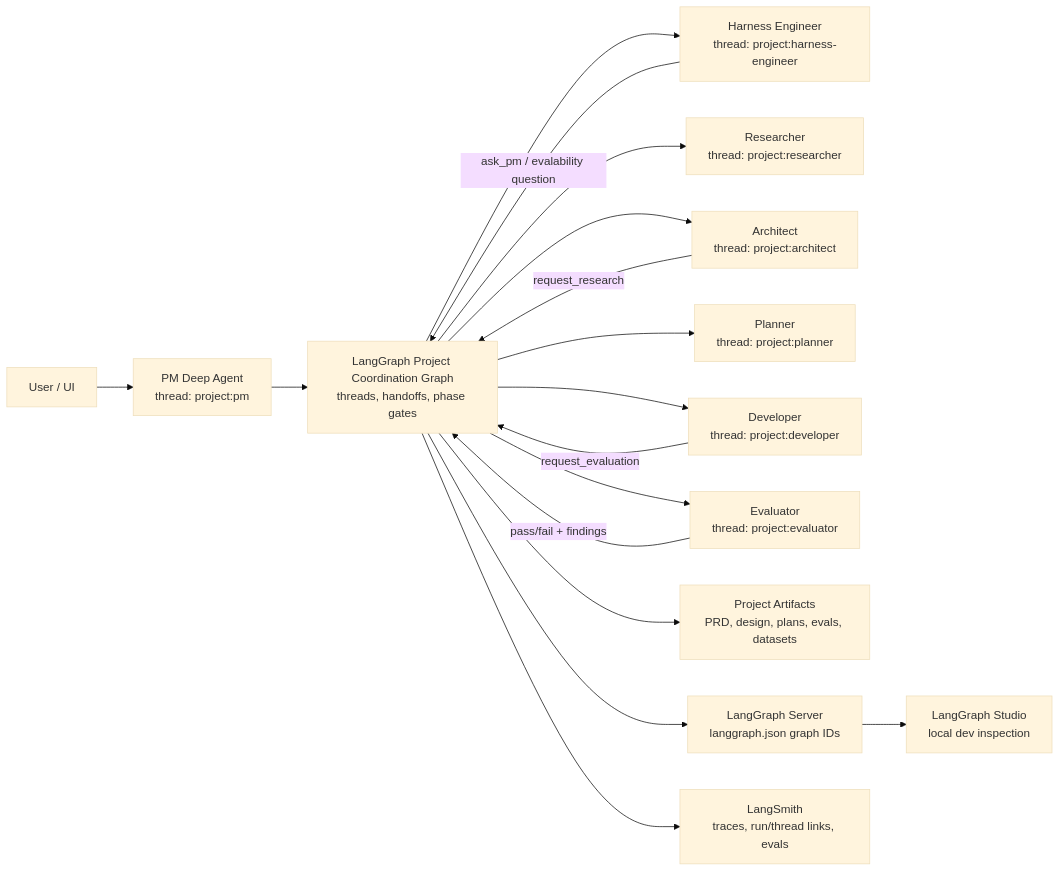
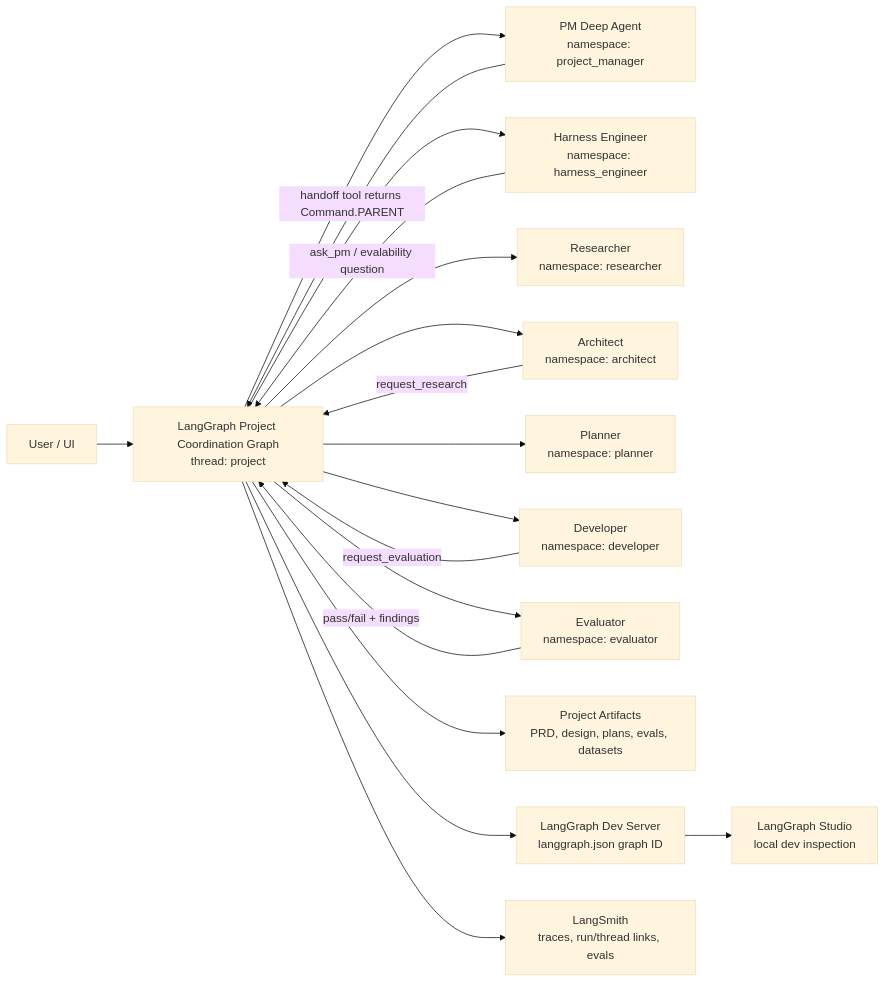
Before and after one commit to ASTXRTYS/meta-agent-v5.6.0: the first of 2 diagrams in meta_harness/AD.md, drawn with Mermaid (base theme). The commit also changed other lines of this file and 5 other files, not shown here.

Commit message:
refactor(arch): remove legacy team-pitch workflow and v0.5 AGENTS.md, expand Meta Harness AD with mounted child graph topology, parent-mediated handoff protocol, and checkpoint namespace isolation

````diff
--- a/meta_harness/AD.md
+++ b/meta_harness/AD.md
@@ -538,22 +564,23 @@
 ```mermaid
 flowchart LR
-    U["User / UI"] --> PM["PM Deep Agent\nthread: project:pm"]
-    PM --> PCG["LangGraph Project Coordination Graph\nthreads, handoffs, phase gates"]
+    U["User / UI"] --> PCG["LangGraph Project Coordination Graph\nthread: project"]
+    PCG --> PM["PM Deep Agent\nnamespace: project_manager"]
 
-    PCG --> HE["Harness Engineer\nthread: project:harness-engineer"]
-    PCG --> R["Researcher\nthread: project:researcher"]
-    PCG --> A["Architect\nthread: project:architect"]
-    PCG --> PL["Planner\nthread: project:planner"]
-    PCG --> D["Developer\nthread: project:developer"]
-    PCG --> E["Evaluator\nthread: project:evaluator"]
+    PCG --> HE["Harness Engineer\nnamespace: harness_engineer"]
+    PCG --> R["Researcher\nnamespace: researcher"]
+    PCG --> A["Architect\nnamespace: architect"]
+    PCG --> PL["Planner\nnamespace: planner"]
+    PCG --> D["Developer\nnamespace: developer"]
+    PCG --> E["Evaluator\nnamespace: evaluator"]
 
+    PM -->|"handoff tool returns Command.PARENT"| PCG
     A -->|"request_research"| PCG
     HE -->|"ask_pm / evalability question"| PCG
     D -->|"request_evaluation"| PCG
     E -->|"pass/fail + findings"| PCG
 
     PCG --> FS["Project Artifacts\nPRD, design, plans, evals, datasets"]
-    PCG --> LG["LangGraph Server\nlanggraph.json graph IDs"]
+    PCG --> LG["LangGraph Dev Server\nlanggraph.json graph ID"]
     LG --> STUDIO["LangGraph Studio\nlocal dev inspection"]
     PCG --> OBS["LangSmith\ntraces, run/thread links, evals"]
 ```
````
